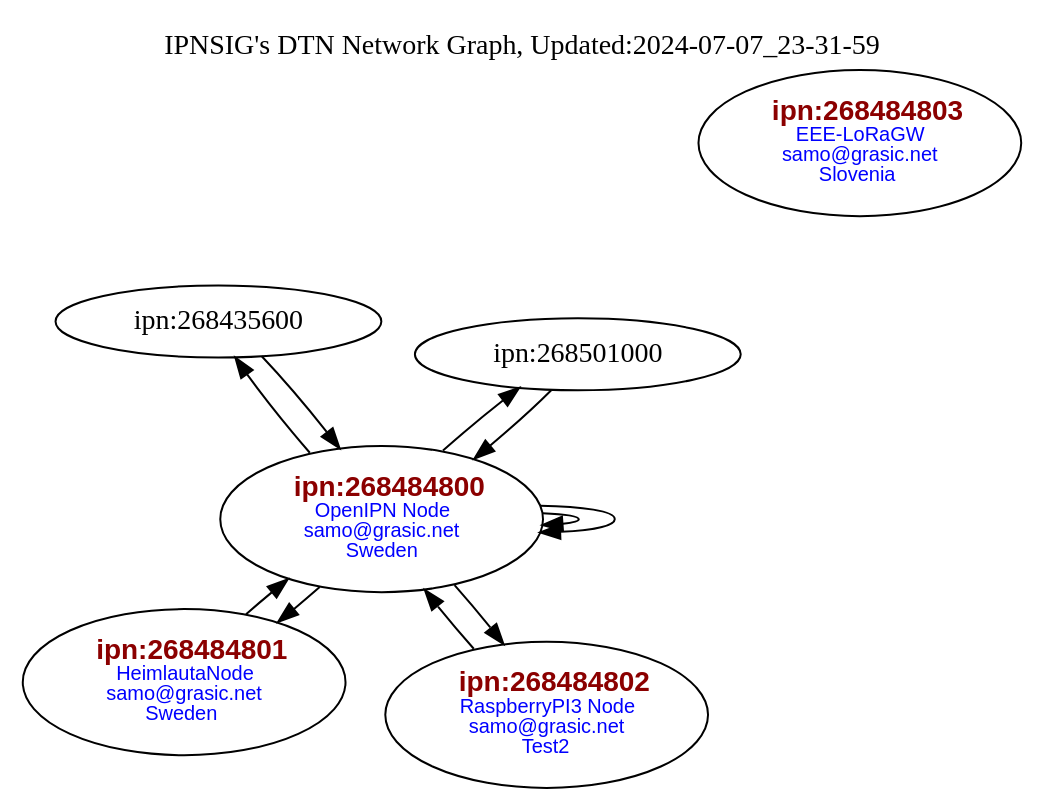
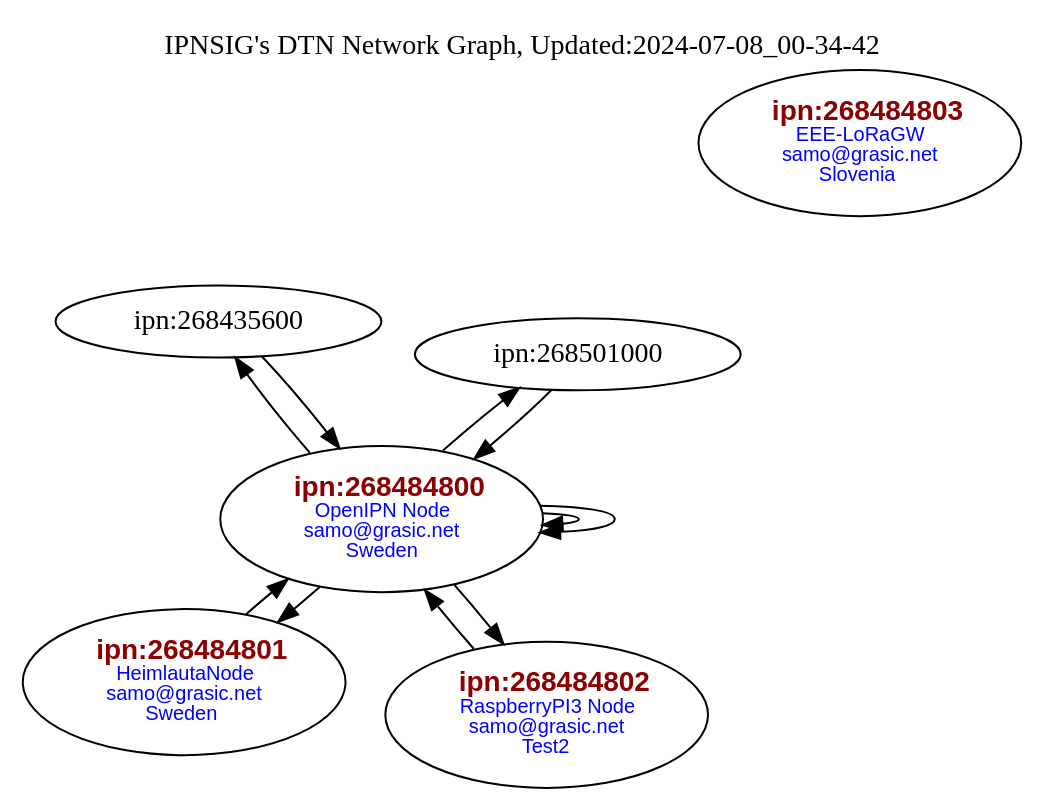
One commit to samograsic/ion-dtn-dtnex changed the diagram in contactGraph.gv. Above: the diagram before and after it, drawn with Graphviz. The commit also changed 2 other files, not shown here.

```diff
--- a/contactGraph.gv
+++ b/contactGraph.gv
@@ -1,16 +1,16 @@
 digraph G { layout=neato; overlap=false;
 "ipn:268484801" [label=< <FONT POINT-SIZE="14" FACE="Arial" COLOR="darkred"><B>ipn:268484801</B></FONT><BR/><FONT POINT-SIZE="10" FACE="Arial" COLOR="blue">HeimlautaNode<br/>samo&#64;grasic&#46;net<br/>Sweden </FONT>>];
 "ipn:268484802" [label=< <FONT POINT-SIZE="14" FACE="Arial" COLOR="darkred"><B>ipn:268484802</B></FONT><BR/><FONT POINT-SIZE="10" FACE="Arial" COLOR="blue">RaspberryPI3 Node<br/>samo&#64;grasic&#46;net<br/>Test2</FONT>>];
 "ipn:268484803" [label=< <FONT POINT-SIZE="14" FACE="Arial" COLOR="darkred"><B>ipn:268484803</B></FONT><BR/><FONT POINT-SIZE="10" FACE="Arial" COLOR="blue">EEE-LoRaGW<br/>samo&#64;grasic&#46;net<br/>Slovenia </FONT>>];
 "ipn:268484800" [label=< <FONT POINT-SIZE="14" FACE="Arial" COLOR="darkred"><B>ipn:268484800</B></FONT><BR/><FONT POINT-SIZE="10" FACE="Arial" COLOR="blue">OpenIPN Node<br/>samo&#64;grasic&#46;net<br/>Sweden</FONT>>];
 "ipn:268435600" -> "ipn:268484800"
 "ipn:268484800" -> "ipn:268435600"
 "ipn:268484800" -> "ipn:268484800"
 "ipn:268484800" -> "ipn:268484800"
 "ipn:268484800" -> "ipn:268484801"
 "ipn:268484800" -> "ipn:268484802"
 "ipn:268484800" -> "ipn:268501000"
 "ipn:268484801" -> "ipn:268484800"
 "ipn:268484802" -> "ipn:268484800"
 "ipn:268501000" -> "ipn:268484800"
-labelloc="t"; label="IPNSIG's DTN Network Graph, Updated:2024-07-07_23-31-59"}
+labelloc="t"; label="IPNSIG's DTN Network Graph, Updated:2024-07-08_00-34-42"}
```
